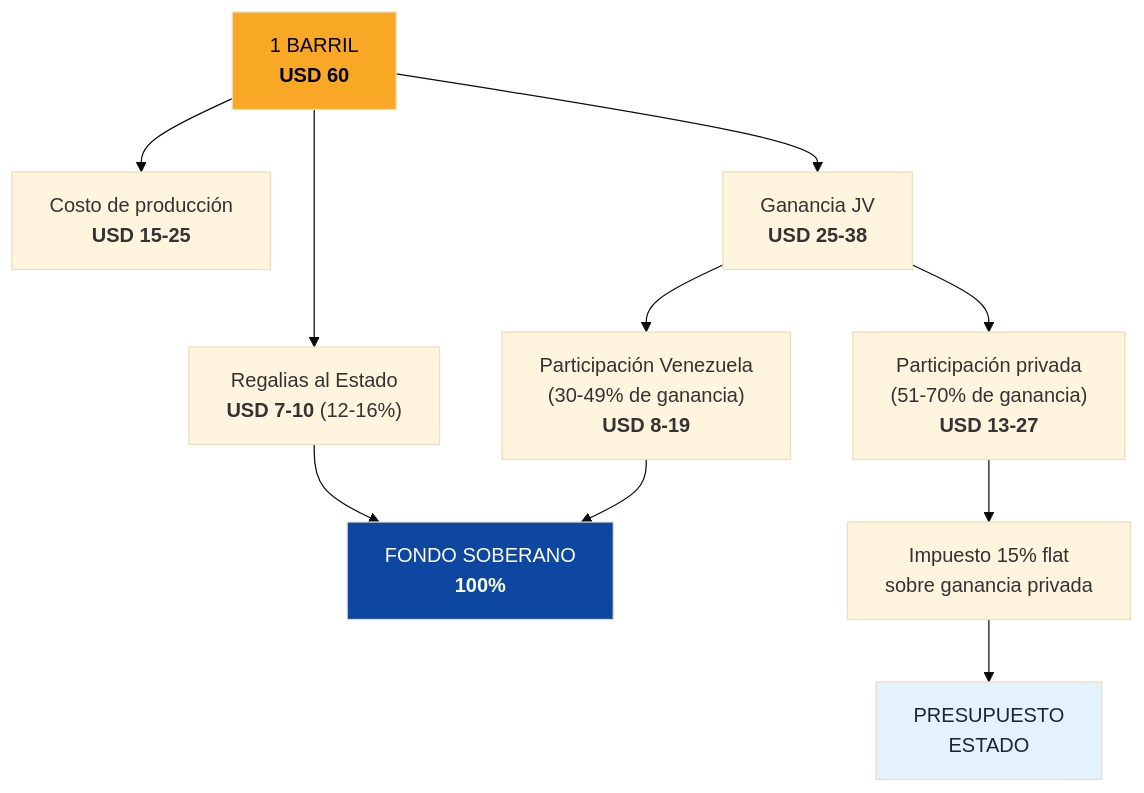
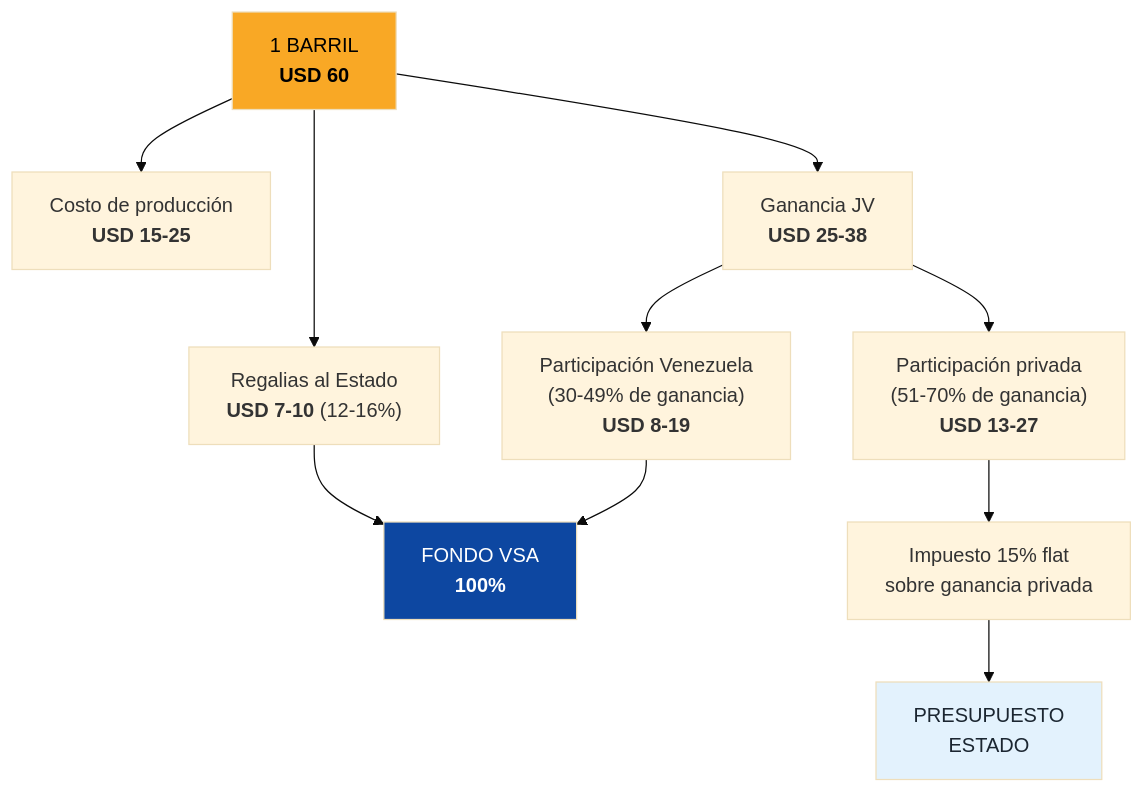
Before and after one commit to Venezuela-S-A/venezuela-sa: the seventh of 9 diagrams in docs/10-oportunidades/petroleo-gas.md, drawn with Mermaid (base theme). The commit also changed other lines of this file and 49 other files, not shown here.

````diff
--- a/docs/10-oportunidades/petroleo-gas.md
+++ b/docs/10-oportunidades/petroleo-gas.md
@@ -415,19 +419,19 @@
 ```mermaid
 flowchart TD
     BARREL["1 BARRIL<br/><b>USD 60</b>"] --> COST["Costo de producción<br/><b>USD 15-25</b>"]
     BARREL --> ROYAL["Regalias al Estado<br/><b>USD 7-10</b> (12-16%)"]
     BARREL --> PROFIT["Ganancia JV<br/><b>USD 25-38</b>"]
 
     PROFIT --> VEN["Participación Venezuela<br/>(30-49% de ganancia)<br/><b>USD 8-19</b>"]
     PROFIT --> PRIV["Participación privada<br/>(51-70% de ganancia)<br/><b>USD 13-27</b>"]
 
-    ROYAL --> FUND3["FONDO SOBERANO<br/><b>100%</b>"]
+    ROYAL --> FUND3["FONDO VSA<br/><b>100%</b>"]
     VEN --> FUND3
 
     PRIV --> TAX2["Impuesto 15% flat<br/>sobre ganancia privada"]
     TAX2 --> STATE2["PRESUPUESTO<br/>ESTADO"]
 
     style BARREL fill:#F9A825,color:#000
     style FUND3 fill:#0D47A1,color:#fff
     style STATE2 fill:#E3F2FD,color:#1B2631
 ```
````
